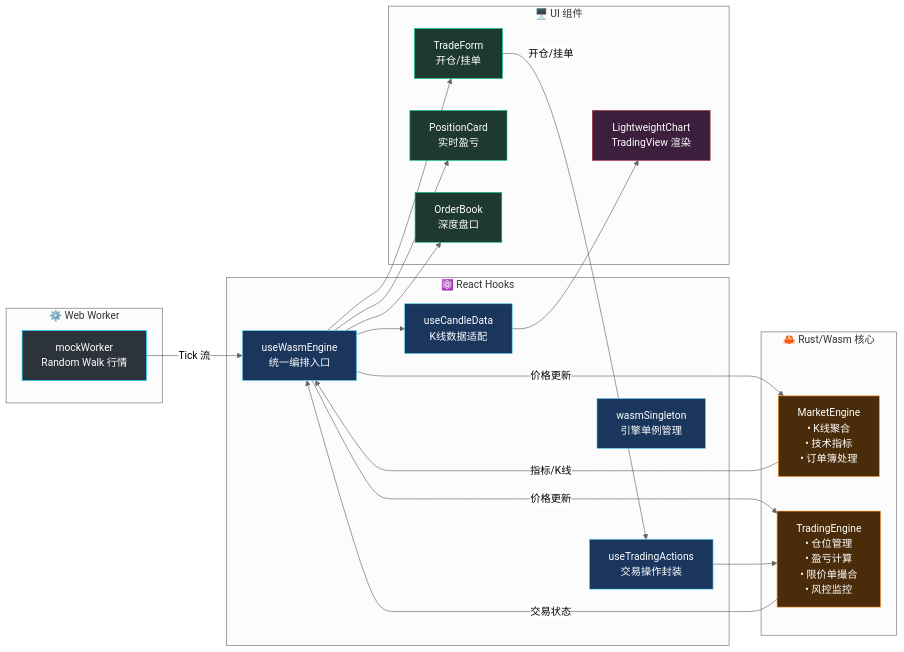
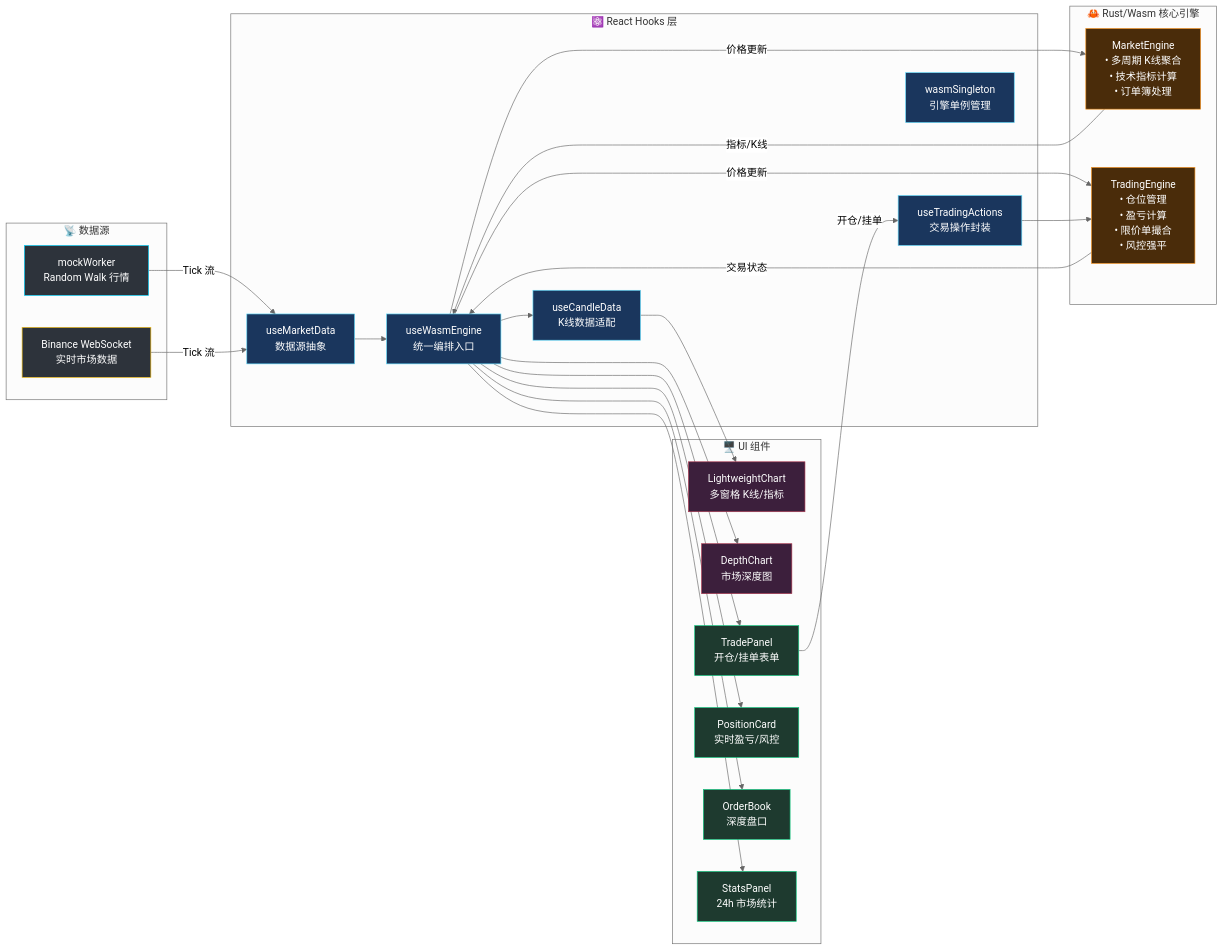
Before and after one commit to Duri686/RustQuantLab: the diagram in README.md, drawn with Mermaid (neutral theme). The commit also changed other lines of this file and 17 other files, not shown here.

Commit message:
feat: Restructure documentation with new plans and analyses, and enhance trade panel UI with market price display, history filtering, and improved max size calculation.

````diff
--- a/README.md
+++ b/README.md
@@ -41,48 +42,60 @@
 ```mermaid
 flowchart LR
-    subgraph Worker["⚙️ Web Worker"]
-        A[mockWorker<br/>Random Walk 行情]
+    subgraph DataSource["📡 数据源"]
+        A1[mockWorker<br/>Random Walk 行情]
+        A2[Binance WebSocket<br/>实时市场数据]
     end
     
-    subgraph Wasm["🦀 Rust/Wasm 核心"]
-        B[MarketEngine<br/>• K线聚合<br/>• 技术指标<br/>• 订单簿处理]
-        C[TradingEngine<br/>• 仓位管理<br/>• 盈亏计算<br/>• 限价单撮合<br/>• 风控监控]
+    subgraph Wasm["🦀 Rust/Wasm 核心引擎"]
+        B[MarketEngine<br/>• 多周期 K线聚合<br/>• 技术指标计算<br/>• 订单簿处理]
+        C[TradingEngine<br/>• 仓位管理<br/>• 盈亏计算<br/>• 限价单撮合<br/>• 风控强平]
     end
     
-    subgraph Hooks["⚛️ React Hooks"]
+    subgraph Hooks["⚛️ React Hooks 层"]
         D[useWasmEngine<br/>统一编排入口]
+        D1[useMarketData<br/>数据源抽象]
         E[useTradingActions<br/>交易操作封装]
         F[useCandleData<br/>K线数据适配]
         G[wasmSingleton<br/>引擎单例管理]
     end
     
     subgraph UI["🖥️ UI 组件"]
-        H[LightweightChart<br/>TradingView 渲染]
-        I[TradeForm<br/>开仓/挂单]
-        J[PositionCard<br/>实时盈亏]
+        H[LightweightChart<br/>多窗格 K线/指标]
+        H2[DepthChart<br/>市场深度图]
+        I[TradePanel<br/>开仓/挂单表单]
+        J[PositionCard<br/>实时盈亏/风控]
         K[OrderBook<br/>深度盘口]
+        L[StatsPanel<br/>24h 市场统计]
     end
     
-    A -->|"Tick 流"| D
+    A1 -->|"Tick 流"| D1
+    A2 -->|"Tick 流"| D1
+    D1 --> D
     D -->|"价格更新"| B
     D -->|"价格更新"| C
     B -->|"指标/K线"| D
     C -->|"交易状态"| D
     D --> F --> H
+    D --> H2
     D --> I
     D --> J
     D --> K
+    D --> L
     I -->|"开仓/挂单"| E --> C
     
-    style A fill:#2d333b,stroke:#00d4ff,color:#fff
+    style A1 fill:#2d333b,stroke:#00d4ff,color:#fff
+    style A2 fill:#2d333b,stroke:#F0B90B,color:#fff
     style B fill:#4a2c0a,stroke:#f7931e,color:#fff
     style C fill:#4a2c0a,stroke:#f7931e,color:#fff
     style D fill:#1a365d,stroke:#61dafb,color:#fff
+    style D1 fill:#1a365d,stroke:#61dafb,color:#fff
     style E fill:#1a365d,stroke:#61dafb,color:#fff
     style F fill:#1a365d,stroke:#61dafb,color:#fff
     style G fill:#1a365d,stroke:#61dafb,color:#fff
     style H fill:#3c1f3c,stroke:#aa344d,color:#fff
+    style H2 fill:#3c1f3c,stroke:#aa344d,color:#fff
     style I fill:#1e3a2f,stroke:#0ecb81,color:#fff
     style J fill:#1e3a2f,stroke:#0ecb81,color:#fff
     style K fill:#1e3a2f,stroke:#0ecb81,color:#fff
+    style L fill:#1e3a2f,stroke:#0ecb81,color:#fff
 ```
````
